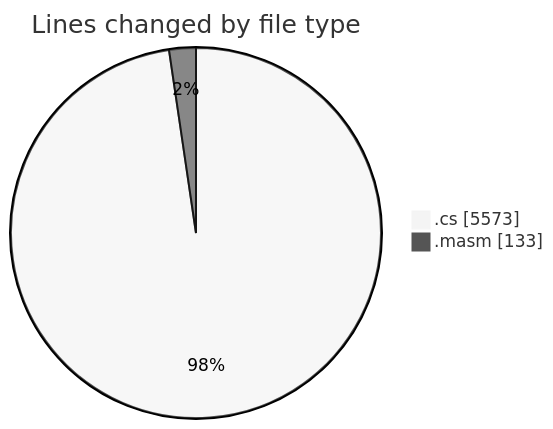
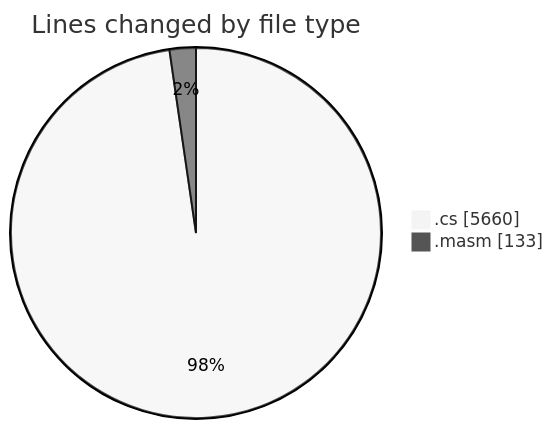
The first of 2 diagrams in 2025-03-17/sharpmasm/README.md (charlie-sans/code-tracking), drawn with Mermaid (neutral theme) before and after one commit. The commit also changed other lines of this file and 1 other file, not shown here.

````diff
--- a/2025-03-17/sharpmasm/README.md
+++ b/2025-03-17/sharpmasm/README.md
@@ -27,6 +27,6 @@
 ```mermaid
 pie showData
 title Lines changed by file type
-".cs" : 5573
+".cs" : 5660
 ".masm" : 133
 ```
````
